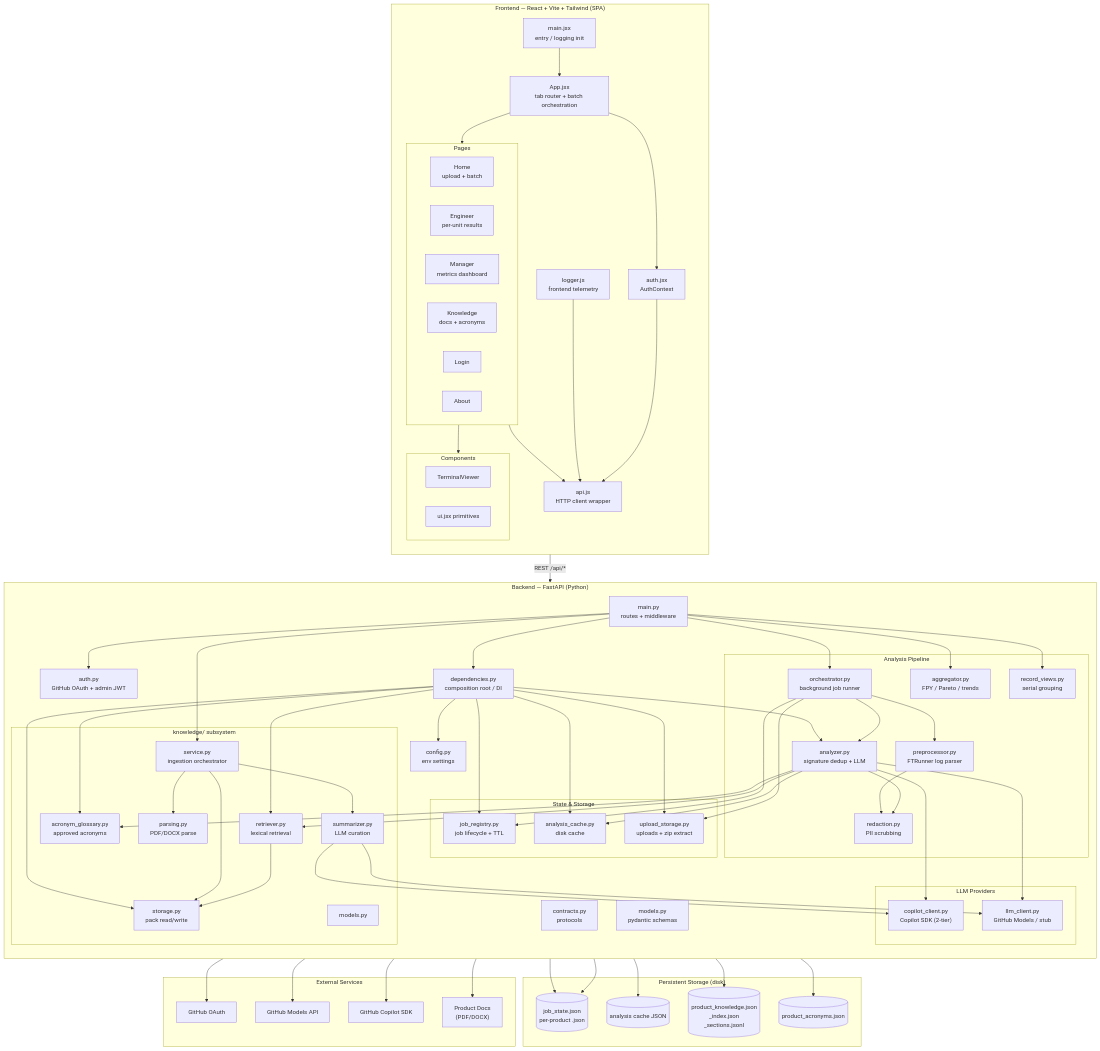
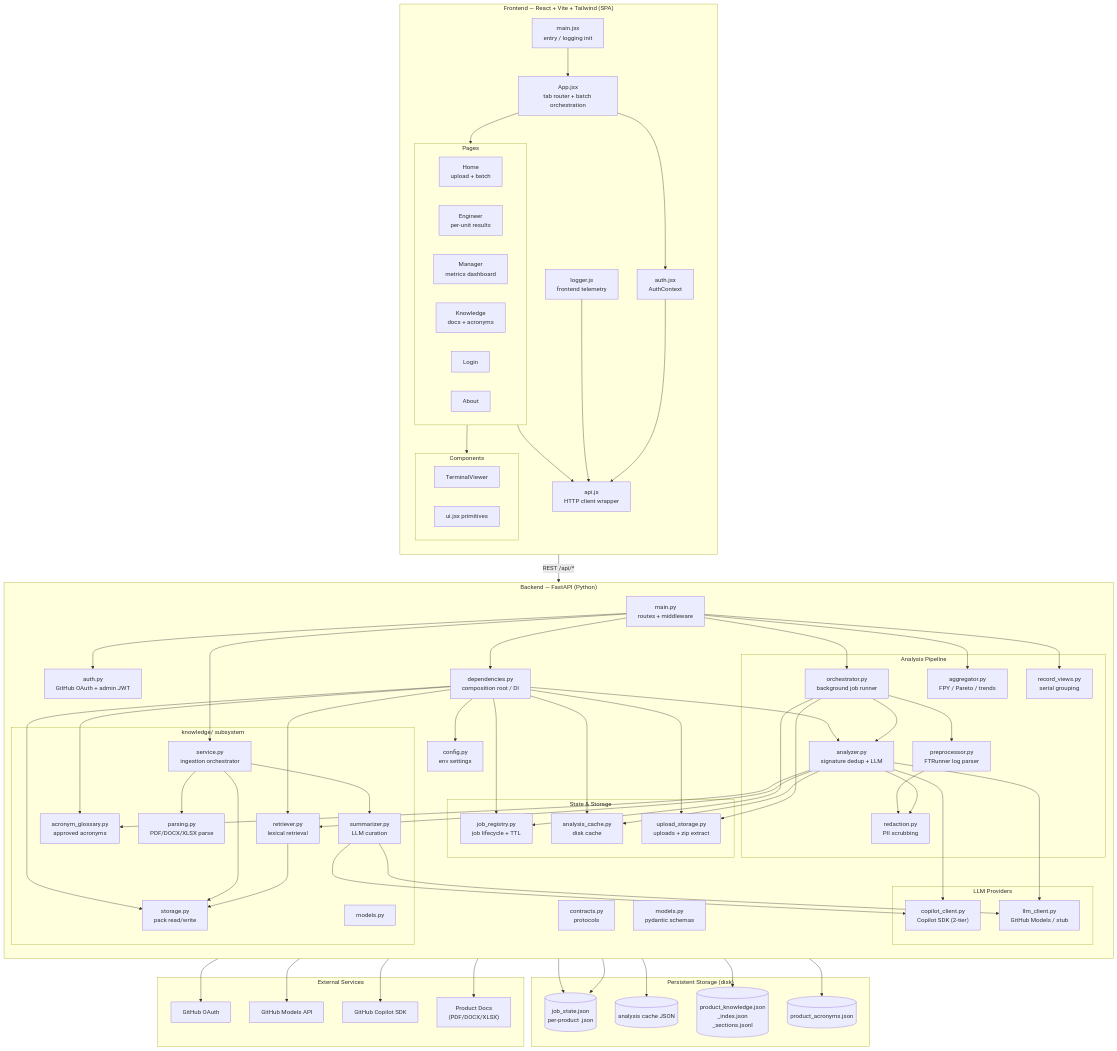
The first of 3 diagrams in architecture.md (murumlai/Co-Trace), drawn with Mermaid before and after one commit. The commit also changed other lines of this file, not shown here.

Commit message:
architecture: document rfc_knowledge category, RfcReference entity, product_family_code, and schema version 2

```diff
--- a/architecture.md
+++ b/architecture.md
@@ -60,7 +60,7 @@
 
         subgraph KnowledgeSub["knowledge/ subsystem"]
             KService["service.py<br/>ingestion orchestrator"]
-            KParsing["parsing.py<br/>PDF/DOCX parse"]
+            KParsing["parsing.py<br/>PDF/DOCX/XLSX parse"]
             KSummarizer["summarizer.py<br/>LLM curation"]
             KRetriever["retriever.py<br/>lexical retrieval"]
             KStorage["storage.py<br/>pack read/write"]
@@ -80,7 +80,7 @@
         GitHub["GitHub OAuth"]
         Models_API["GitHub Models API"]
         CopilotSDK["GitHub Copilot SDK"]
-        Docs["Product Docs<br/>(PDF/DOCX)"]
+        Docs["Product Docs<br/>(PDF/DOCX/XLSX)"]
     end
 
     %% Frontend wiring
```
